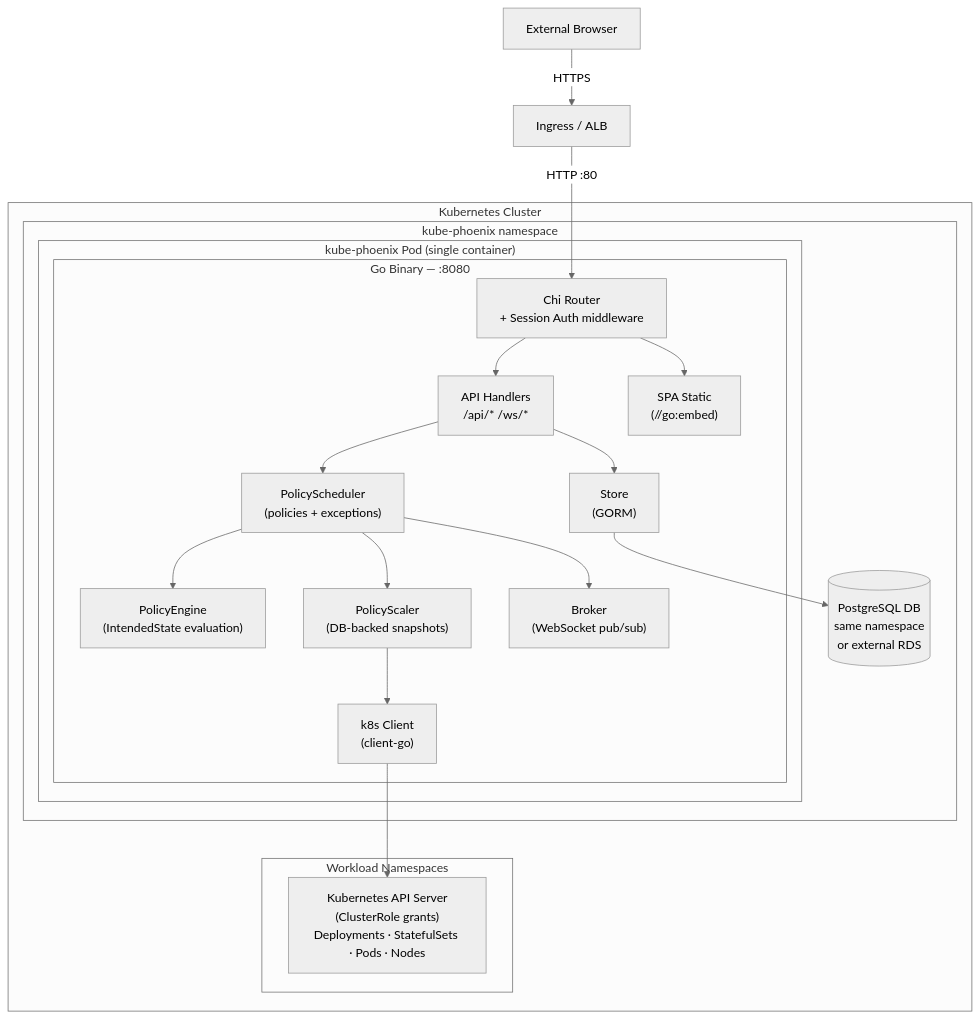
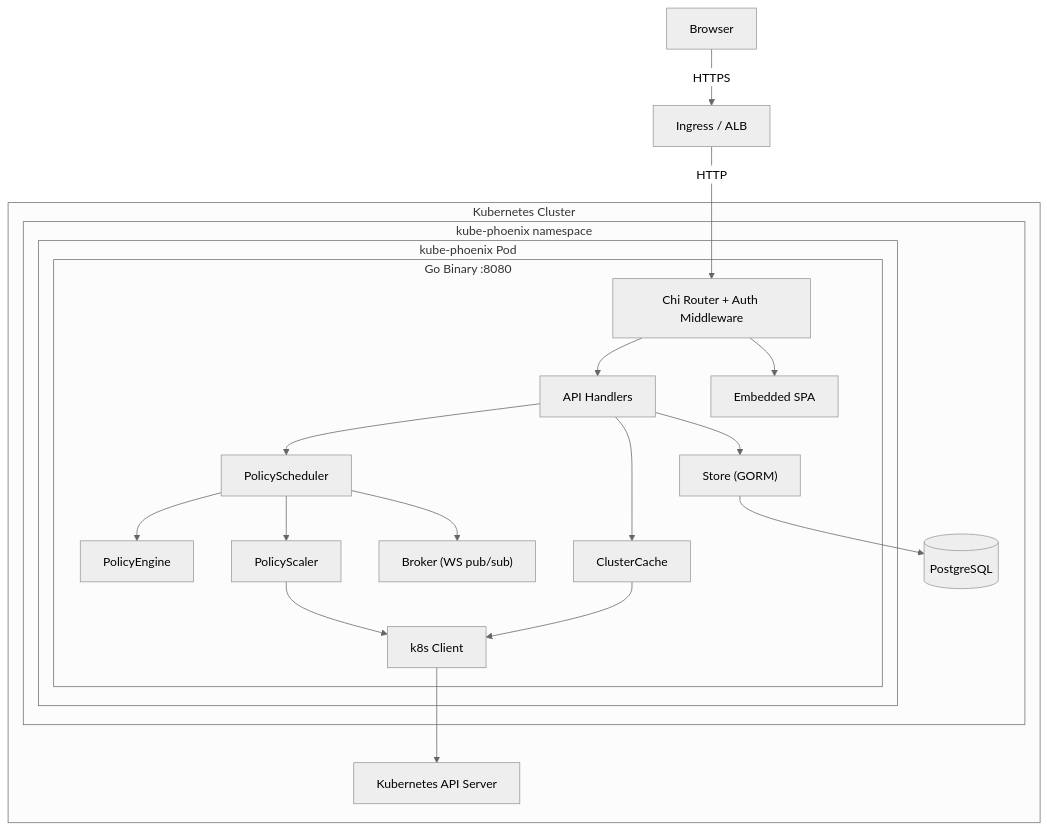
Before and after one commit to MacXsimilian/kube-phoenix: the first of 2 diagrams in ARCHITECTURE.md, drawn with Mermaid (neutral theme). The commit also changed other lines of this file and 16 other files, not shown here.

````diff
--- a/ARCHITECTURE.md
+++ b/ARCHITECTURE.md
@@ -89,40 +29,35 @@
 ```mermaid
 flowchart TB
-    Browser["External Browser"]
+    Browser["Browser"]
     ALB["Ingress / ALB"]
 
     subgraph Cluster["Kubernetes Cluster"]
         subgraph NS["kube-phoenix namespace"]
-            subgraph Pod["kube-phoenix Pod (single container)"]
-                subgraph Binary["Go Binary — :8080"]
-                    Router["Chi Router<br/>+ Session Auth middleware"]
-                    Handlers["API Handlers<br/>/api/*  /ws/*"]
-                    PolicyScheduler["PolicyScheduler<br/>(policies + exceptions)"]
-                    PolicyEngine["PolicyEngine<br/>(IntendedState evaluation)"]
-                    PolicyScaler["PolicyScaler<br/>(DB-backed snapshots)"]
-                    Broker["Broker<br/>(WebSocket pub/sub)"]
-                    Store["Store<br/>(GORM)"]
-                    SPA["SPA Static<br/>(//go:embed)"]
-                    K8sClient["k8s Client<br/>(client-go)"]
+            subgraph Pod["kube-phoenix Pod"]
+                subgraph Binary["Go Binary :8080"]
+                    Router["Chi Router + Auth Middleware"]
+                    Handlers["API Handlers"]
+                    Scheduler["PolicyScheduler"]
+                    Engine["PolicyEngine"]
+                    Scaler["PolicyScaler"]
+                    Broker["Broker (WS pub/sub)"]
+                    Store["Store (GORM)"]
+                    Cache["ClusterCache"]
+                    SPA["Embedded SPA"]
+                    K8s["k8s Client"]
                 end
             end
-            PG[("PostgreSQL DB<br/>same namespace<br/>or external RDS")]
+            PG[("PostgreSQL")]
         end
-        subgraph Workloads["Workload Namespaces"]
-            K8sAPI["Kubernetes API Server<br/>(ClusterRole grants)<br/>Deployments · StatefulSets · Pods · Nodes"]
-        end
+        K8sAPI["Kubernetes API Server"]
     end
 
-    Browser -- "HTTPS" --> ALB
-    ALB -- "HTTP :80" --> Router
-    Router --> Handlers
-    Router --> SPA
-    Handlers --> PolicyScheduler
-    Handlers --> Store
-    PolicyScheduler --> PolicyEngine
-    PolicyScheduler --> PolicyScaler
-    PolicyScheduler --> Broker
-    PolicyScaler --> K8sClient
-    K8sClient --> K8sAPI
+    Browser -- HTTPS --> ALB -- HTTP --> Router
+    Router --> Handlers & SPA
+    Handlers --> Scheduler & Store & Cache
+    Scheduler --> Engine & Scaler & Broker
+    Scaler --> K8s
+    Cache --> K8s
+    K8s --> K8sAPI
     Store --> PG
 ```
````
